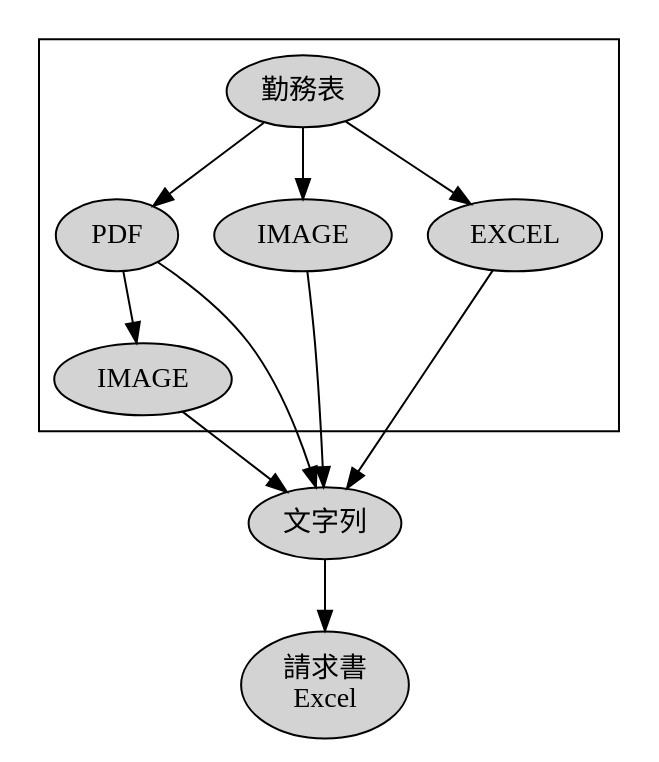
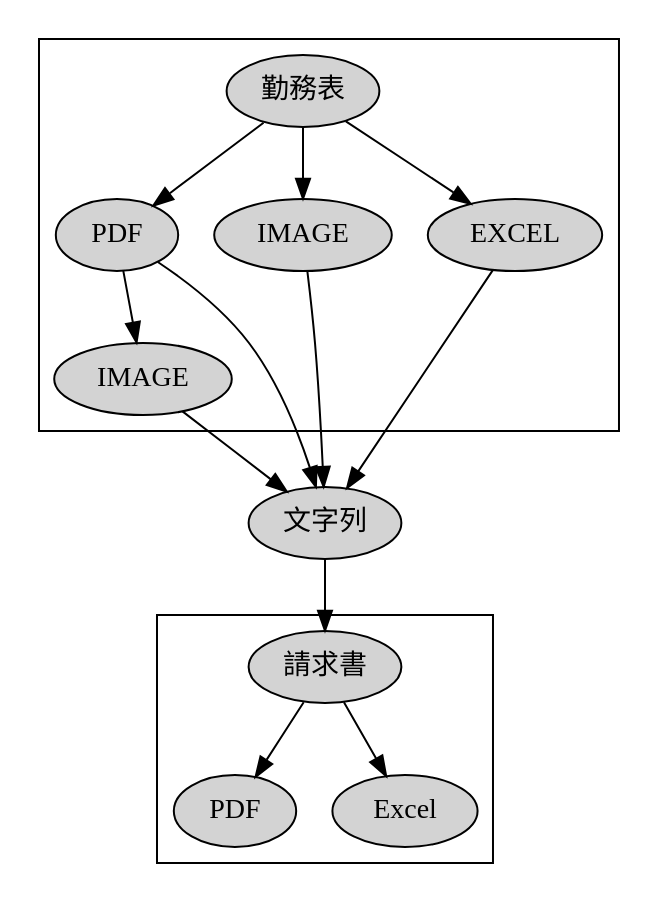
The diagram in dot/RPA.dot (rinkeigun/linux_module), drawn with Graphviz before and after one commit. The commit also changed 2 other files, not shown here.

```diff
--- a/dot/RPA.dot
+++ b/dot/RPA.dot
@@ -1,36 +1,42 @@
 // dot -Tpng source.dot -otarget.png
 
 digraph graph_name {
 	graph [
 		charset = "UTF-8";
 	];
 
 	node [
 		colorscheme = "rdylgn11",
 		style = "solid,filled"
 	];
 
 	edge [
 		style = solid,
 		fontsize = 14
 	];
 
 	subgraph cluster_1 {
 		OIMG [label = "IMAGE"];
 		TIMETABLE [label = "勤務表"];
 		TIMETABLE -> OIMG;
 		TIMETABLE -> EXCEL;
 		TIMETABLE -> PDF;
 		PDF -> IMAGE ;
 	
 	}
 	STRING   [label = "文字列"];
-	INVOICE   [label = "請求書\nExcel"];
+	subgraph cluster_2 {
+		INVOICE [label = "請求書"];
+		OPDF	[label = "PDF"];
+		Excel	[label = "Excel"];
+		INVOICE -> OPDF;
+		INVOICE -> Excel;
+	}
 
 	PDF -> STRING;
 	OIMG -> STRING;
 	EXCEL -> STRING;
 	IMAGE -> STRING;
 	STRING -> INVOICE;
 
 }
```
